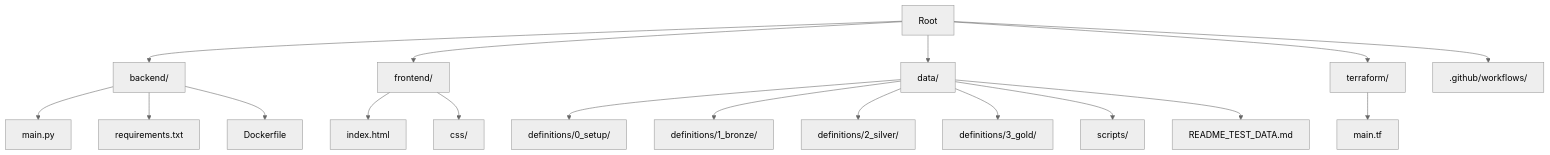
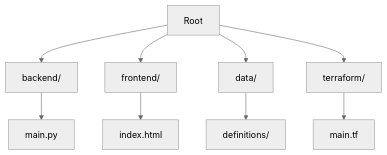
One commit to evan-07/victory-discipleship changed the diagram in README.md. Above: the diagram before and after it, drawn with Mermaid (neutral theme). The commit also changed other lines of this file and 1 other file, not shown here.

Commit message:
docs: Centralize detailed architecture and governance rules in `ARCHITECTURE.md` and simplify `README.md` by referencing it.

````diff
--- a/README.md
+++ b/README.md
@@ -27,24 +30,12 @@
 ```mermaid
 graph TD;
     root[Root] --> backend[backend/];
     root --> frontend[frontend/];
     root --> data[data/];
     root --> terraform[terraform/];
-    root --> workflows[.github/workflows/];
-
+    
     backend --> py[main.py];
-    backend --> req[requirements.txt];
-    backend --> docker[Dockerfile];
-    
     frontend --> html[index.html];
-    frontend --> css[css/];
-
-    data --> setup[definitions/0_setup/];
-    data --> bronze[definitions/1_bronze/];
-    data --> silver[definitions/2_silver/];
-    data --> gold[definitions/3_gold/];
-    data --> scripts[scripts/];
-    data --> readme_test[README_TEST_DATA.md];
-
+    data --> definitions[definitions/];
     terraform --> main_tf[main.tf];
 ```
````
